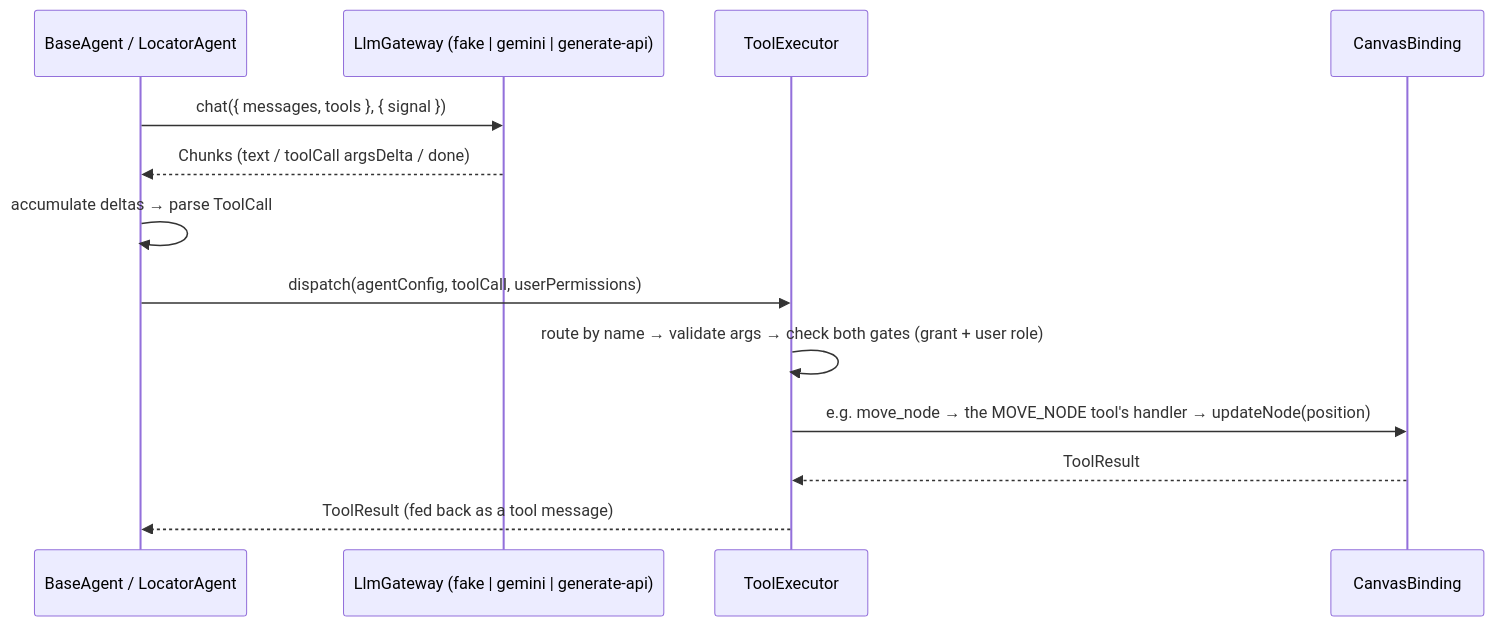
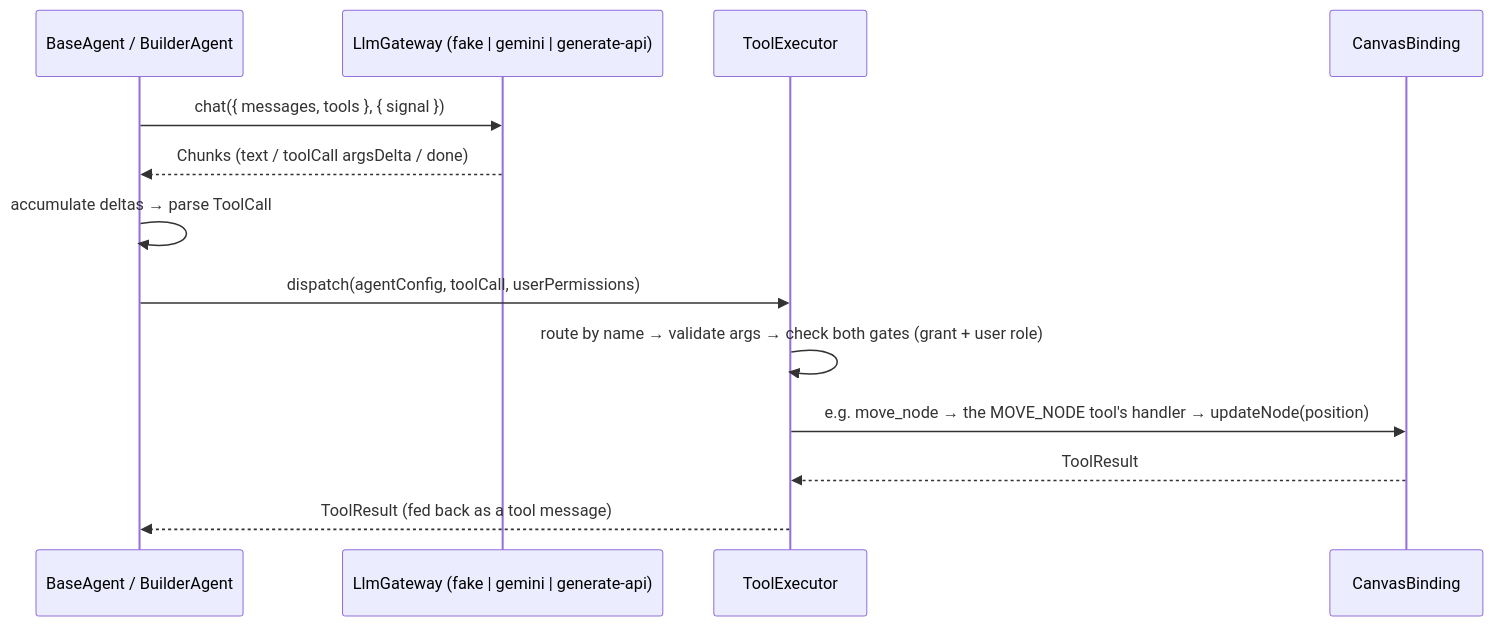
Before and after one commit to lemoncloud-io/eureka-flow: the diagram in docs/browser-agent/design/llm-gateway.md, drawn with Mermaid. The commit also changed 2 other files, not shown here.

````diff
--- a/docs/browser-agent/design/llm-gateway.md
+++ b/docs/browser-agent/design/llm-gateway.md
@@ -45,16 +45,16 @@
 ```mermaid
 sequenceDiagram
-    participant Agent as BaseAgent / LocatorAgent
+    participant Agent as BaseAgent / BuilderAgent
     participant GW as LlmGateway (fake | gemini | generate-api)
     participant EX as ToolExecutor
     participant CV as CanvasBinding
 
     Agent->>GW: chat({ messages, tools }, { signal })
     GW-->>Agent: Chunks (text / toolCall argsDelta / done)
     Agent->>Agent: accumulate deltas → parse ToolCall
     Agent->>EX: dispatch(agentConfig, toolCall, userPermissions)
     EX->>EX: route by name → validate args → check both gates (grant + user role)
     EX->>CV: e.g. move_node → the MOVE_NODE tool's handler → updateNode(position)
     CV-->>EX: ToolResult
     EX-->>Agent: ToolResult (fed back as a tool message)
 ```
````
